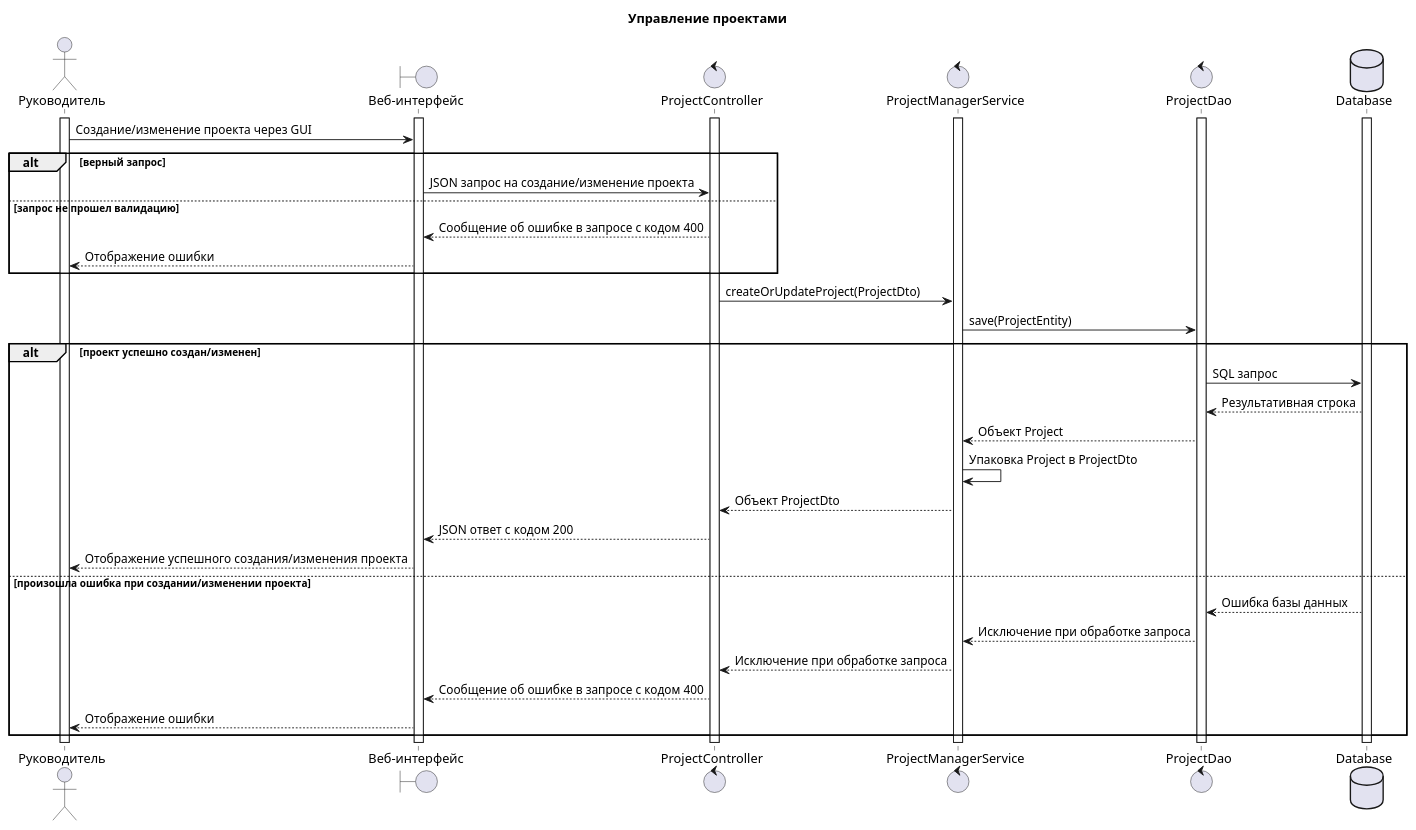
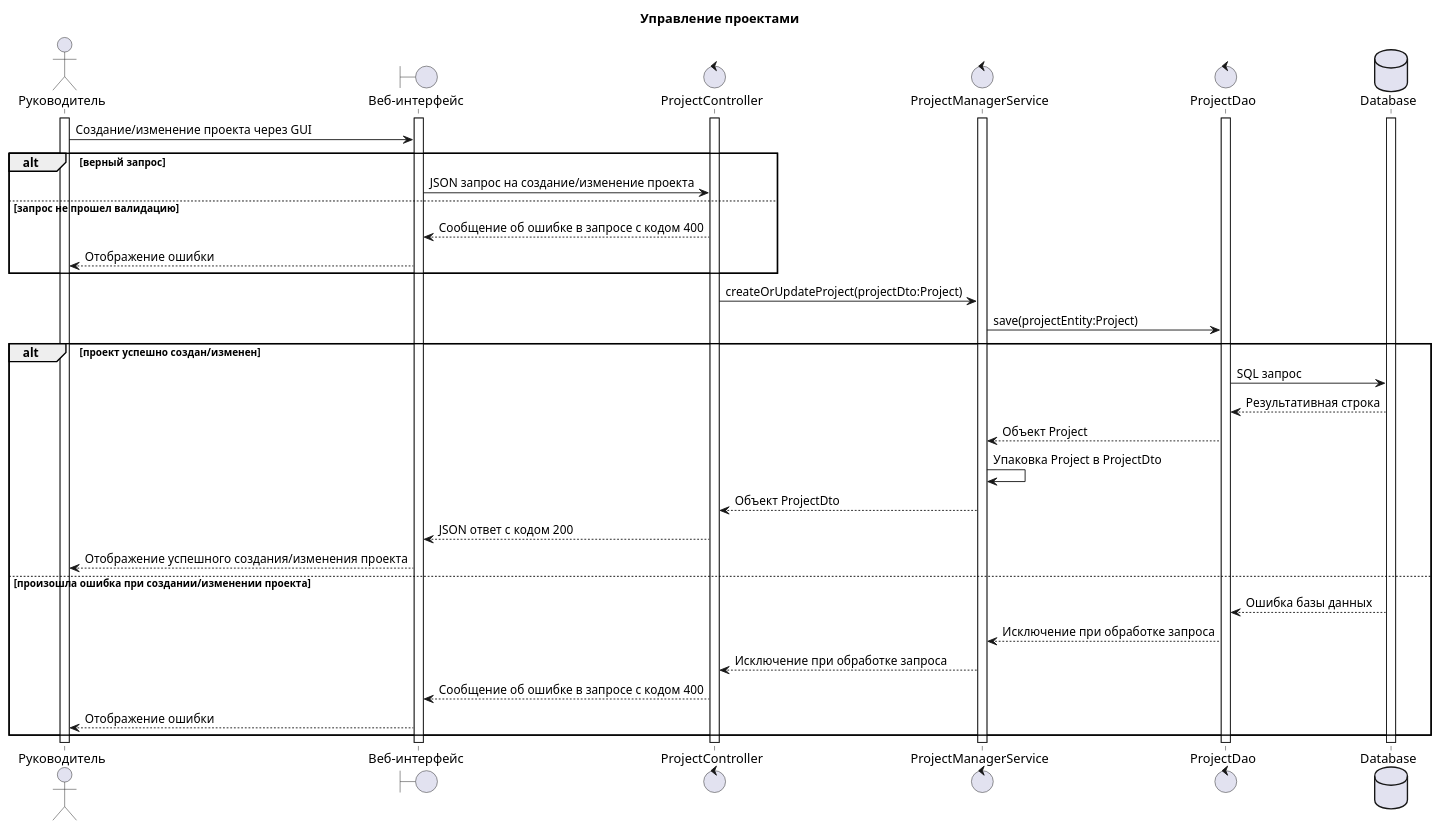
The diagram in UML diagrams/Sequence diagrams/manage-projects-sequence.wsd (penamarth/bsbo-02-21_team_var7_erp), drawn with PlantUML before and after one commit. The commit also changed 3 other files, not shown here.

```diff
--- a/UML diagrams/Sequence diagrams/manage-projects-sequence.wsd
+++ b/UML diagrams/Sequence diagrams/manage-projects-sequence.wsd
@@ -1,46 +1,46 @@
 @startuml sequence
 title Управление проектами
 
 actor Руководитель as manager
 boundary "Веб-интерфейс" as site
 control ProjectController as pcont
 control ProjectManagerService as pmserv
 control ProjectDao as pdao
 database Database as db
 
 activate manager
 activate site
 activate db
 activate pcont
 activate pmserv
 activate pdao
 
 manager -> site : Создание/изменение проекта через GUI
 
 alt верный запрос
     site -> pcont : JSON запрос на создание/изменение проекта
 else запрос не прошел валидацию
     site <-- pcont : Сообщение об ошибке в запросе с кодом 400
     manager <-- site : Отображение ошибки
 end
 
-pcont -> pmserv : createOrUpdateProject(ProjectDto)
-pmserv -> pdao : save(ProjectEntity)
+pcont -> pmserv : createOrUpdateProject(projectDto:Project)
+pmserv -> pdao : save(projectEntity:Project)
 
 alt проект успешно создан/изменен
     pdao -> db : SQL запрос
     pdao <-- db : Результативная строка
     pmserv <-- pdao : Объект Project
     pmserv -> pmserv : Упаковка Project в ProjectDto
     pcont <-- pmserv : Объект ProjectDto
     site <-- pcont : JSON ответ с кодом 200
     manager <-- site : Отображение успешного создания/изменения проекта
 else произошла ошибка при создании/изменении проекта
     pdao <-- db : Ошибка базы данных
     pmserv <-- pdao : Исключение при обработке запроса
     pcont <-- pmserv : Исключение при обработке запроса
     site <-- pcont : Сообщение об ошибке в запросе с кодом 400
     manager <-- site : Отображение ошибки
 end
 
 @enduml
```
